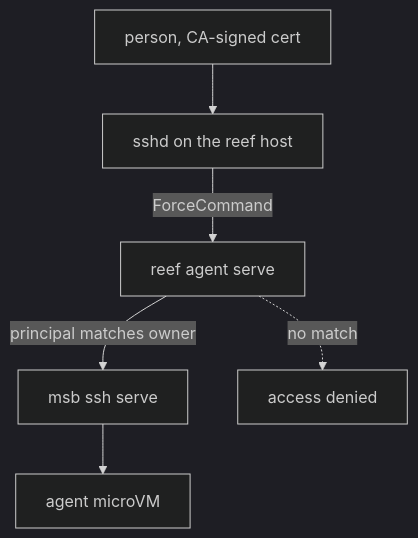
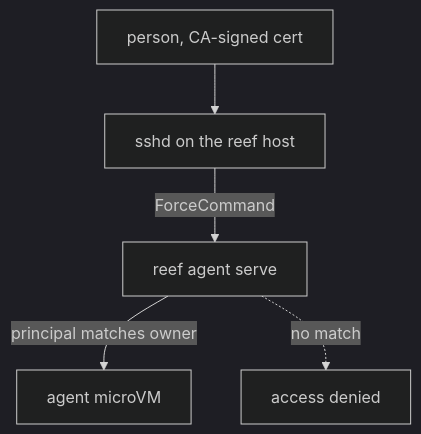
Before and after one commit to skalenetwork/microsandbox-reef: the diagram in docs/enterprise/terminals.md, drawn with Mermaid (dark theme). The commit also changed other lines of this file and 8 other files, not shown here.

Commit message:
feat: serve terminals through microsandbox SSH server, no per-person enrollment

````diff
--- a/docs/enterprise/terminals.md
+++ b/docs/enterprise/terminals.md
@@ -14,8 +14,7 @@
 ```mermaid
 flowchart TD
   ana[person, CA-signed cert] --> sshd[sshd on the reef host]
   sshd -->|ForceCommand| serve[reef agent serve]
-  serve -->|principal matches owner| msb[msb ssh serve]
+  serve -->|principal matches owner| vm[agent microVM]
   serve -.->|no match| deny[access denied]
-  msb --> vm[agent microVM]
 ```
````
